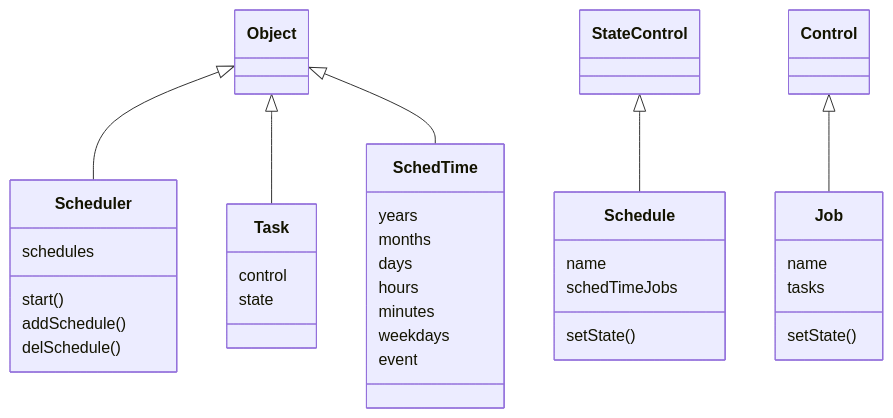
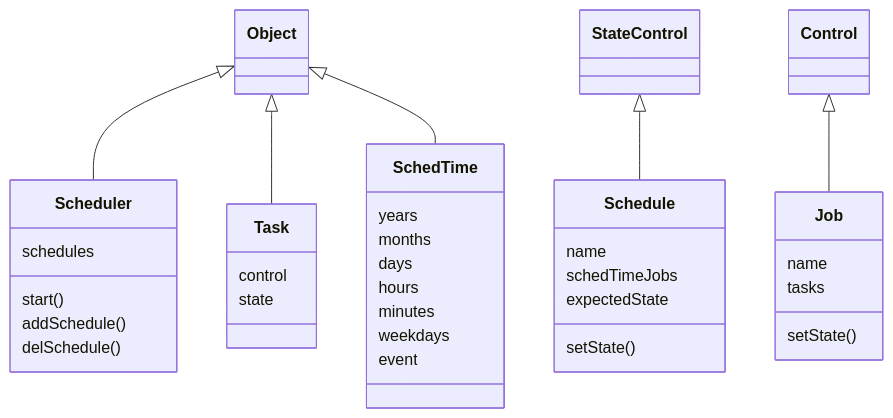
One commit to jbuehl/homealone changed the diagram in docs/README.scheduler.md. Above: the diagram before and after it, drawn with Mermaid. The commit also changed other lines of this file, not shown here.

````diff
--- a/docs/README.scheduler.md
+++ b/docs/README.scheduler.md
@@ -8,27 +8,28 @@
 ```mermaid
 classDiagram
 	Object <|-- Scheduler
 	StateControl <|-- Schedule
 	Control <|-- Job
 	Object <|-- Task
 	Object <|-- SchedTime
 	Scheduler: schedules
 	Scheduler: start()
 	Scheduler: addSchedule()
 	Scheduler: delSchedule()
 	Schedule: name
-	Schedule: schedTimeJobs
+    Schedule: schedTimeJobs
+    Schedule: expectedState
 	Schedule: setState()
 	Job: name
 	Job: tasks
 	Job: setState()
 	Task: control
 	Task: state
 	SchedTime: years
 	SchedTime: months
 	SchedTime: days
 	SchedTime: hours
 	SchedTime: minutes
 	SchedTime: weekdays
 	SchedTime: event
 ```
````
